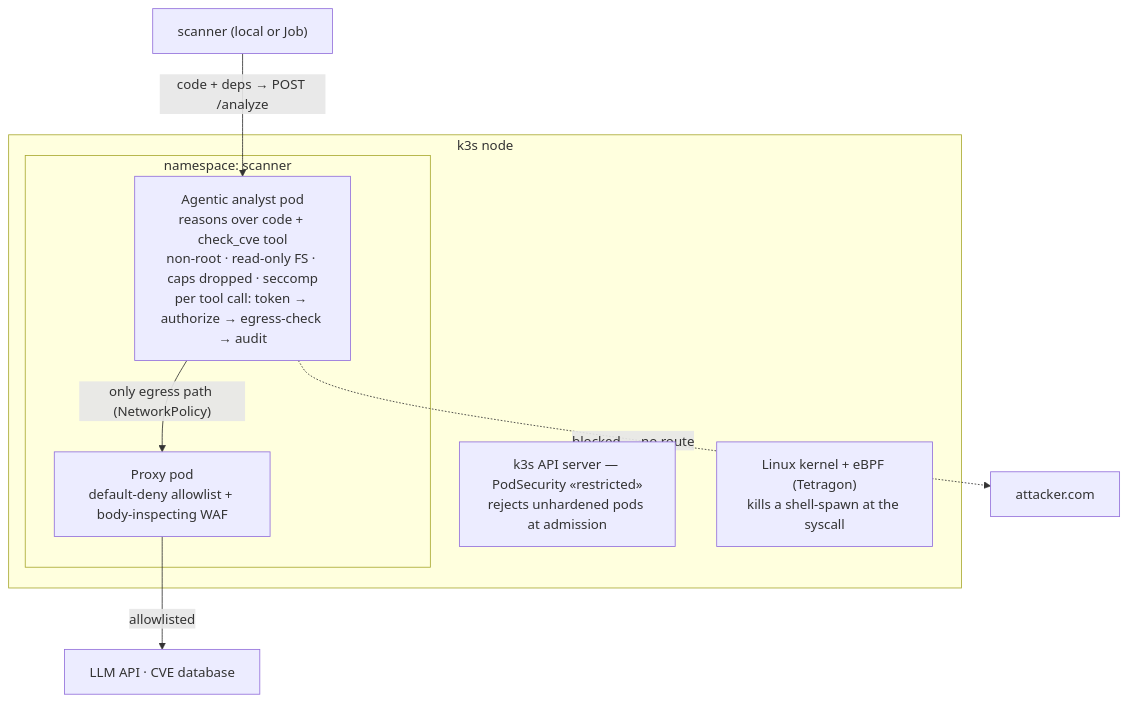
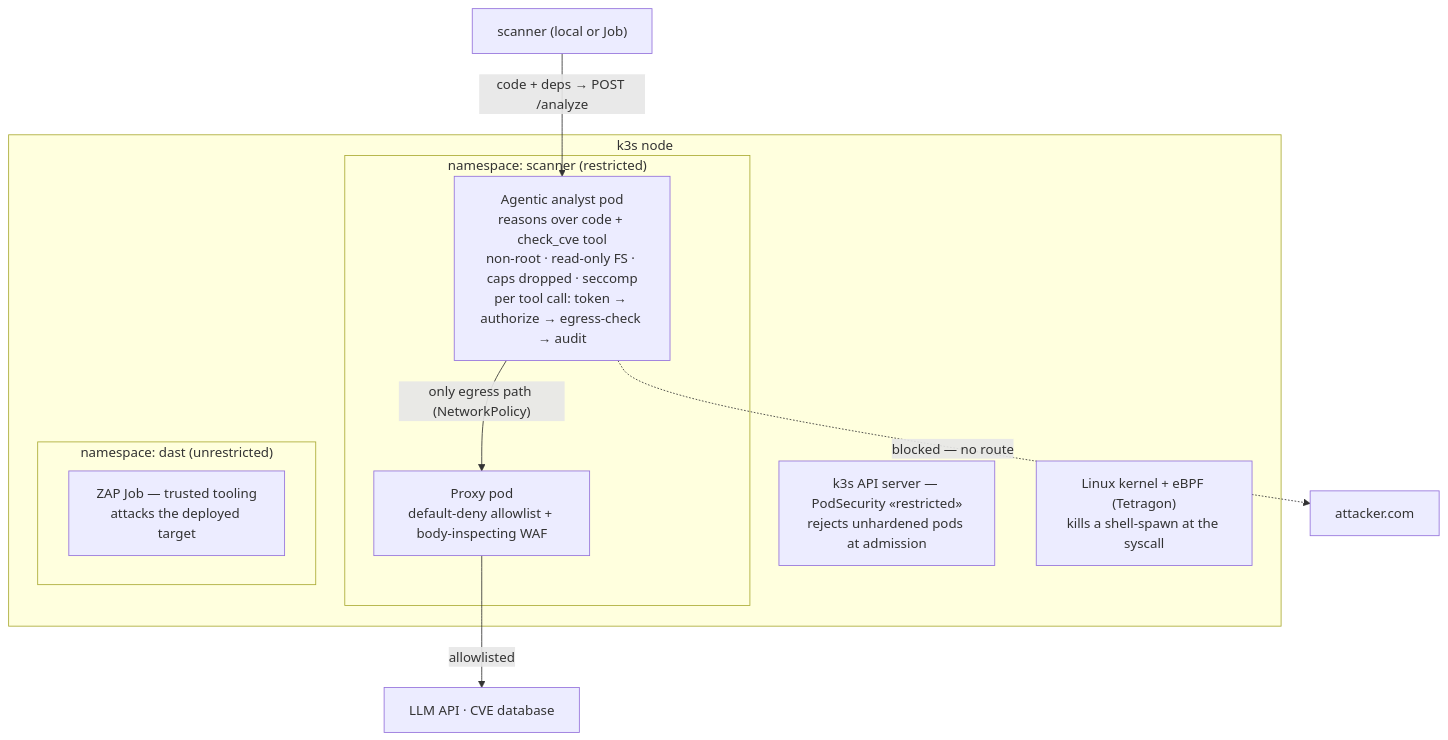
One commit to kent12112/codescan changed the second of 2 diagrams in README.md. Above: the diagram before and after it, drawn with Mermaid. The commit also changed other lines of this file and 6 other files, not shown here.

Commit message:
Docs: DAST folded into unified report, deterministic guarantees, run-scan.sh, trusted-tooling namespace

````diff
--- a/README.md
+++ b/README.md
@@ -62,15 +70,18 @@
 ```mermaid
 flowchart TB
     subgraph NODE["k3s node"]
         API["k3s API server — PodSecurity «restricted»<br/>rejects unhardened pods at admission"]
         KERNEL["Linux kernel + eBPF (Tetragon)<br/>kills a shell-spawn at the syscall"]
-        subgraph NS["namespace: scanner"]
+        subgraph NS["namespace: scanner (restricted)"]
             AGENT["Agentic analyst pod<br/>reasons over code + check_cve tool<br/>non-root · read-only FS · caps dropped · seccomp<br/>per tool call: token → authorize → egress-check → audit"]
             PROXY["Proxy pod<br/>default-deny allowlist + body-inspecting WAF"]
+        end
+        subgraph DNS["namespace: dast (unrestricted)"]
+            ZAP["ZAP Job — trusted tooling<br/>attacks the deployed target"]
         end
     end
     PIPE["scanner (local or Job)"] -->|"code + deps → POST /analyze"| AGENT
     AGENT -->|"only egress path (NetworkPolicy)"| PROXY
     PROXY -->|"allowlisted"| NET["LLM API · CVE database"]
     AGENT -.->|"blocked — no route"| EVIL["attacker.com"]
 ```
````
